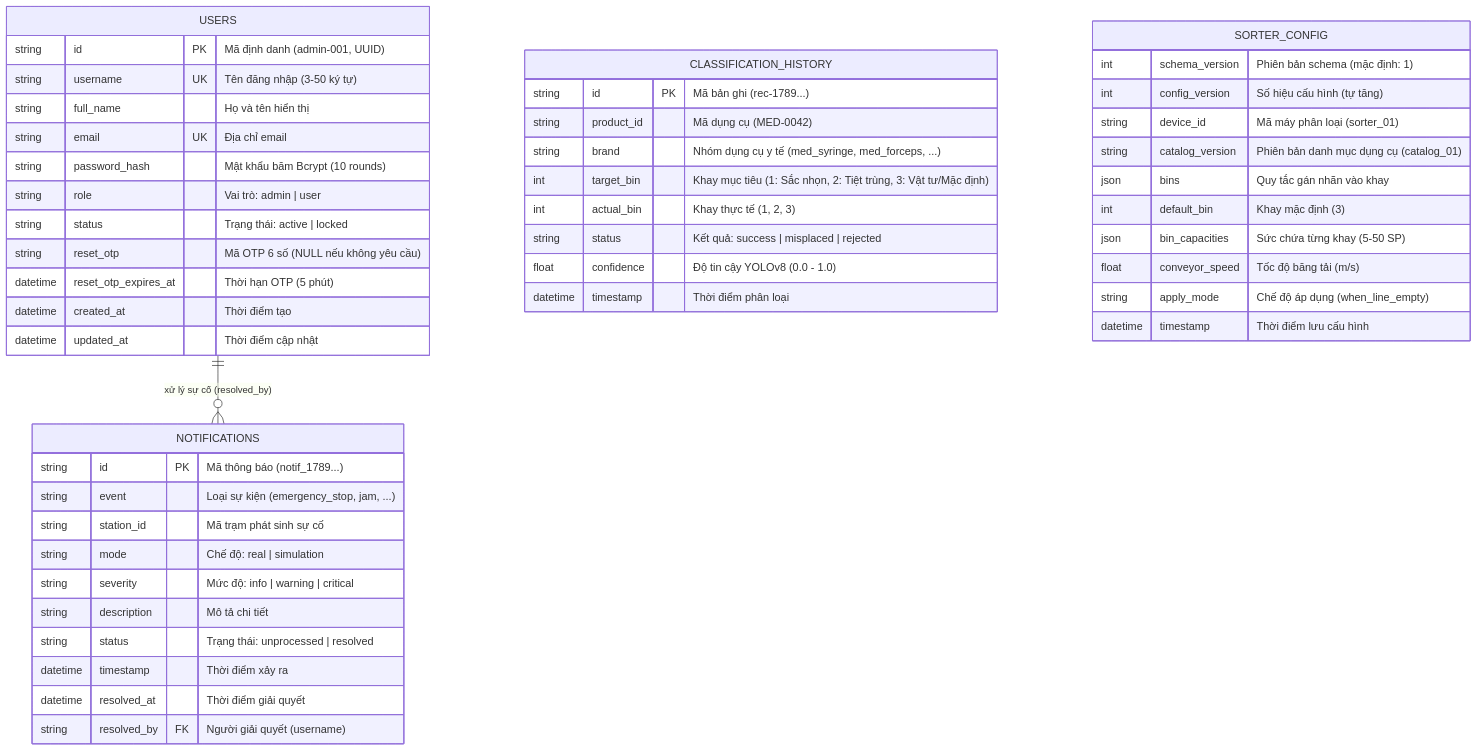
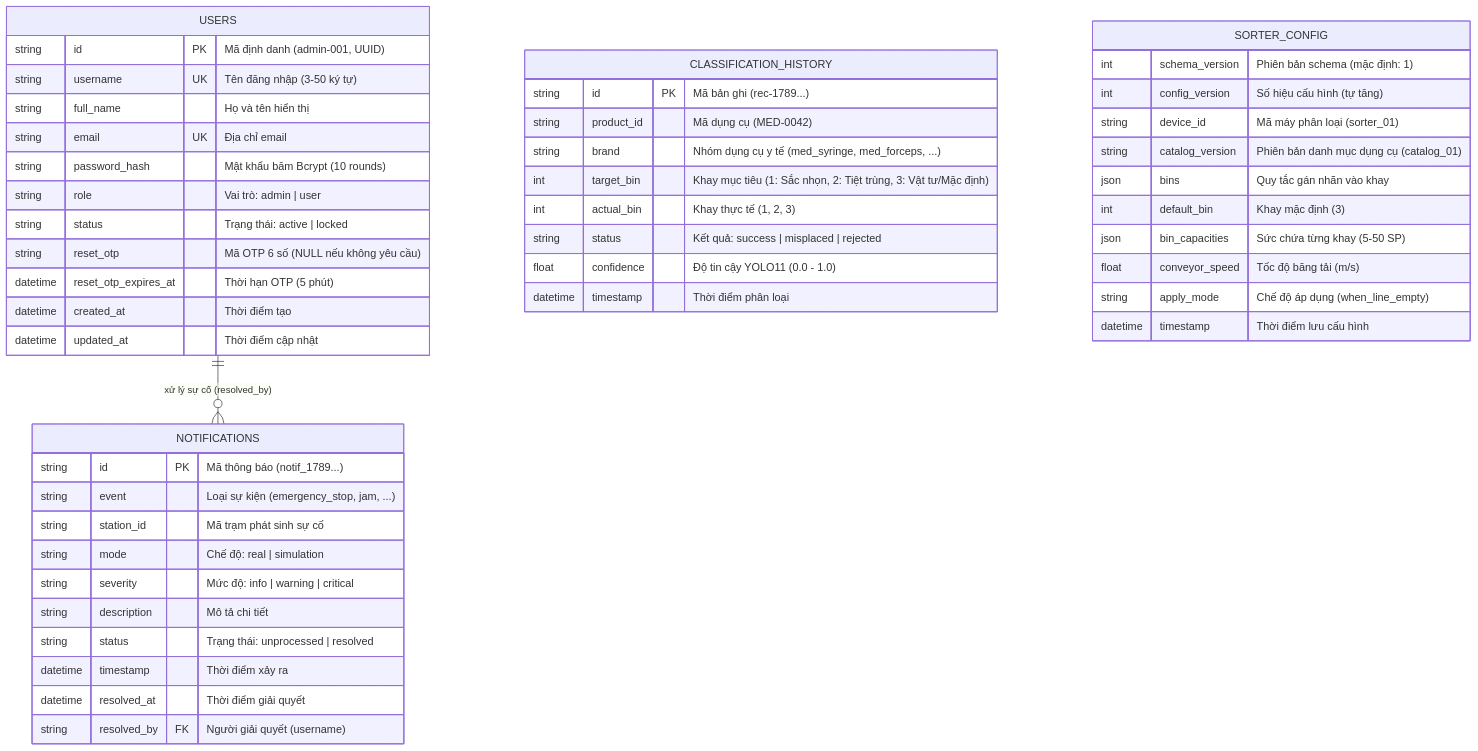
The fifth of 5 diagrams in SortiX-Dashboard/docs/architecture.md (duyphong375/PBL3-SortiX-Med), drawn with Mermaid before and after one commit. The commit also changed other lines of this file and 8 other files, not shown here.

````diff
--- a/SortiX-Dashboard/docs/architecture.md
+++ b/SortiX-Dashboard/docs/architecture.md
@@ -351,54 +353,54 @@
 ```mermaid
 erDiagram
     USERS ||--o{ NOTIFICATIONS : "xử lý sự cố (resolved_by)"
     USERS {
         string id PK "Mã định danh (admin-001, UUID)"
         string username UK "Tên đăng nhập (3-50 ký tự)"
         string full_name "Họ và tên hiển thị"
         string email UK "Địa chỉ email"
         string password_hash "Mật khẩu băm Bcrypt (10 rounds)"
         string role "Vai trò: admin | user"
         string status "Trạng thái: active | locked"
         string reset_otp "Mã OTP 6 số (NULL nếu không yêu cầu)"
         datetime reset_otp_expires_at "Thời hạn OTP (5 phút)"
         datetime created_at "Thời điểm tạo"
         datetime updated_at "Thời điểm cập nhật"
     }
 
     NOTIFICATIONS {
         string id PK "Mã thông báo (notif_1789...)"
         string event "Loại sự kiện (emergency_stop, jam, ...)"
         string station_id "Mã trạm phát sinh sự cố"
         string mode "Chế độ: real | simulation"
         string severity "Mức độ: info | warning | critical"
         string description "Mô tả chi tiết"
         string status "Trạng thái: unprocessed | resolved"
         datetime timestamp "Thời điểm xảy ra"
         datetime resolved_at "Thời điểm giải quyết"
         string resolved_by FK "Người giải quyết (username)"
     }
 
     CLASSIFICATION_HISTORY {
         string id PK "Mã bản ghi (rec-1789...)"
         string product_id "Mã dụng cụ (MED-0042)"
         string brand "Nhóm dụng cụ y tế (med_syringe, med_forceps, ...)"
         int target_bin "Khay mục tiêu (1: Sắc nhọn, 2: Tiệt trùng, 3: Vật tư/Mặc định)"
         int actual_bin "Khay thực tế (1, 2, 3)"
         string status "Kết quả: success | misplaced | rejected"
-        float confidence "Độ tin cậy YOLOv8 (0.0 - 1.0)"
+        float confidence "Độ tin cậy YOLO11 (0.0 - 1.0)"
         datetime timestamp "Thời điểm phân loại"
     }
 
     SORTER_CONFIG {
         int schema_version "Phiên bản schema (mặc định: 1)"
         int config_version "Số hiệu cấu hình (tự tăng)"
         string device_id "Mã máy phân loại (sorter_01)"
         string catalog_version "Phiên bản danh mục dụng cụ (catalog_01)"
         json bins "Quy tắc gán nhãn vào khay"
         int default_bin "Khay mặc định (3)"
         json bin_capacities "Sức chứa từng khay (5-50 SP)"
         float conveyor_speed "Tốc độ băng tải (m/s)"
         string apply_mode "Chế độ áp dụng (when_line_empty)"
         datetime timestamp "Thời điểm lưu cấu hình"
     }
 ```
````
